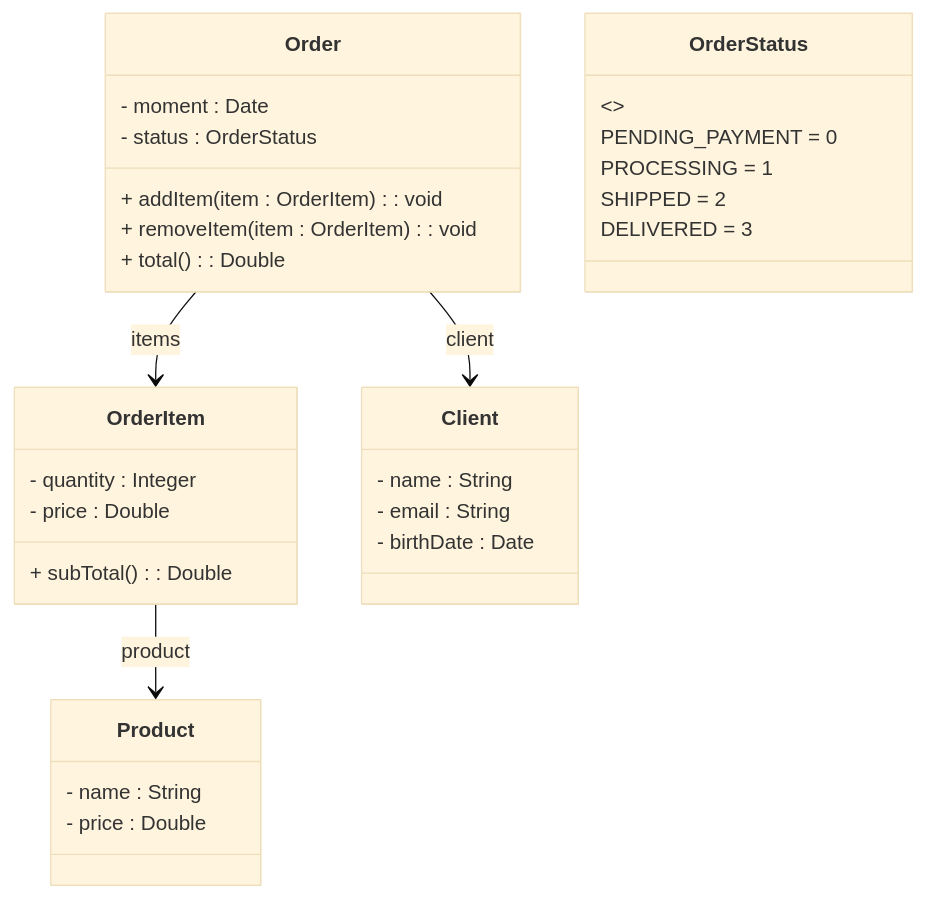
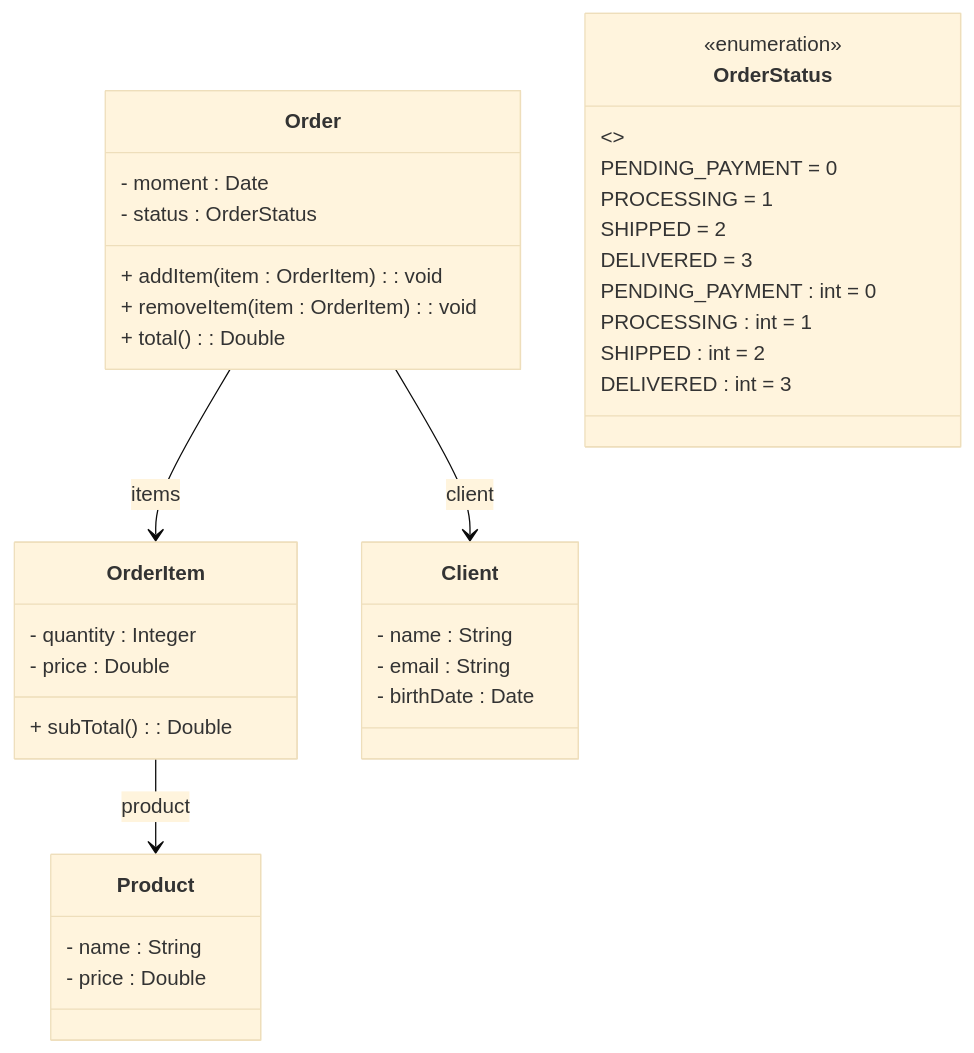
Before and after one commit to Rafael540/ExercicioComposicao-JAVA-: the diagram in README.md, drawn with Mermaid (base theme).

````diff
--- a/README.md
+++ b/README.md
@@ -4,36 +4,43 @@
 ```mermaid
 classDiagram
     Order --> OrderItem : items
     Order --> Client : client
     OrderItem --> Product : product
     OrderStatus : <<enum>>
     OrderStatus : PENDING_PAYMENT = 0
     OrderStatus : PROCESSING = 1
     OrderStatus : SHIPPED = 2
     OrderStatus : DELIVERED = 3
 
     class Order {
         - moment : Date
         - status : OrderStatus
         + addItem(item : OrderItem) : void
         + removeItem(item : OrderItem) : void
         + total() : Double
     }
 
     class Client {
         - name : String
         - email : String
         - birthDate : Date
     }
 
     class OrderItem {
         - quantity : Integer
         - price : Double
         + subTotal() : Double
     }
 
     class Product {
         - name : String
         - price : Double
     }
+    class OrderStatus {
+        <<enumeration>>
+        PENDING_PAYMENT : int = 0
+        PROCESSING : int = 1
+        SHIPPED : int = 2
+        DELIVERED : int = 3
+    }
 ```
````
